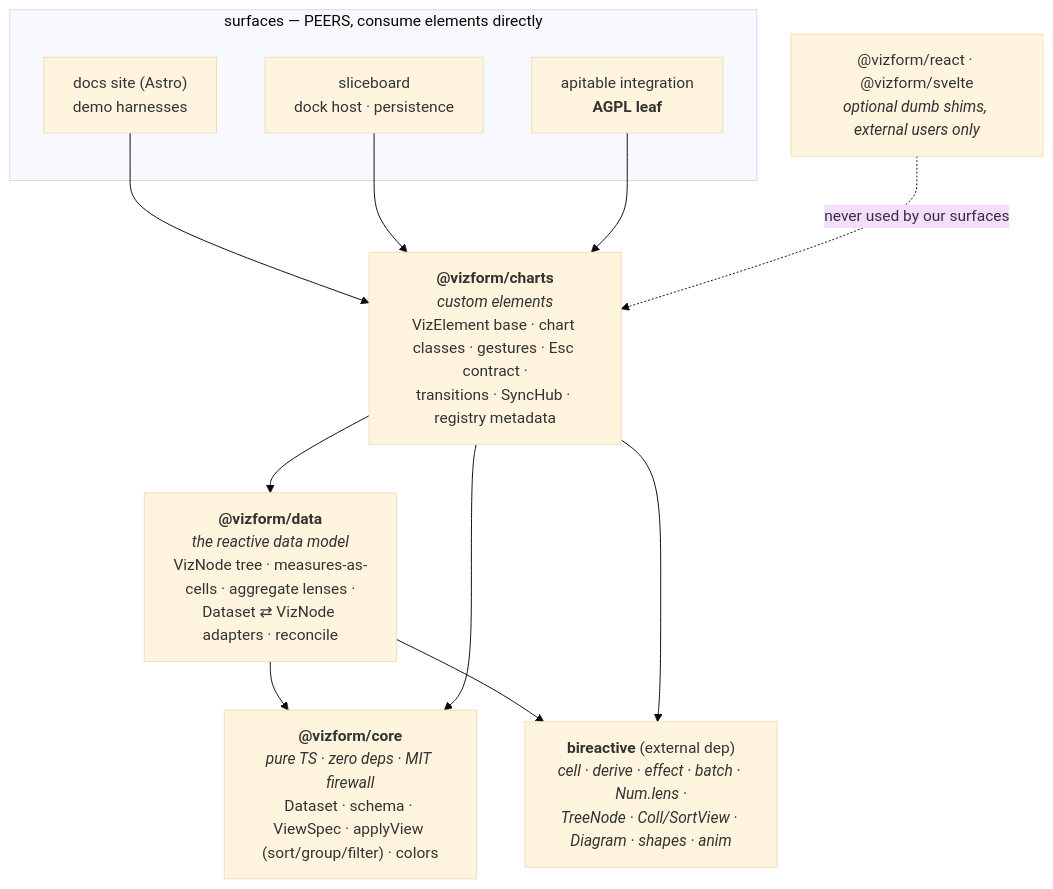
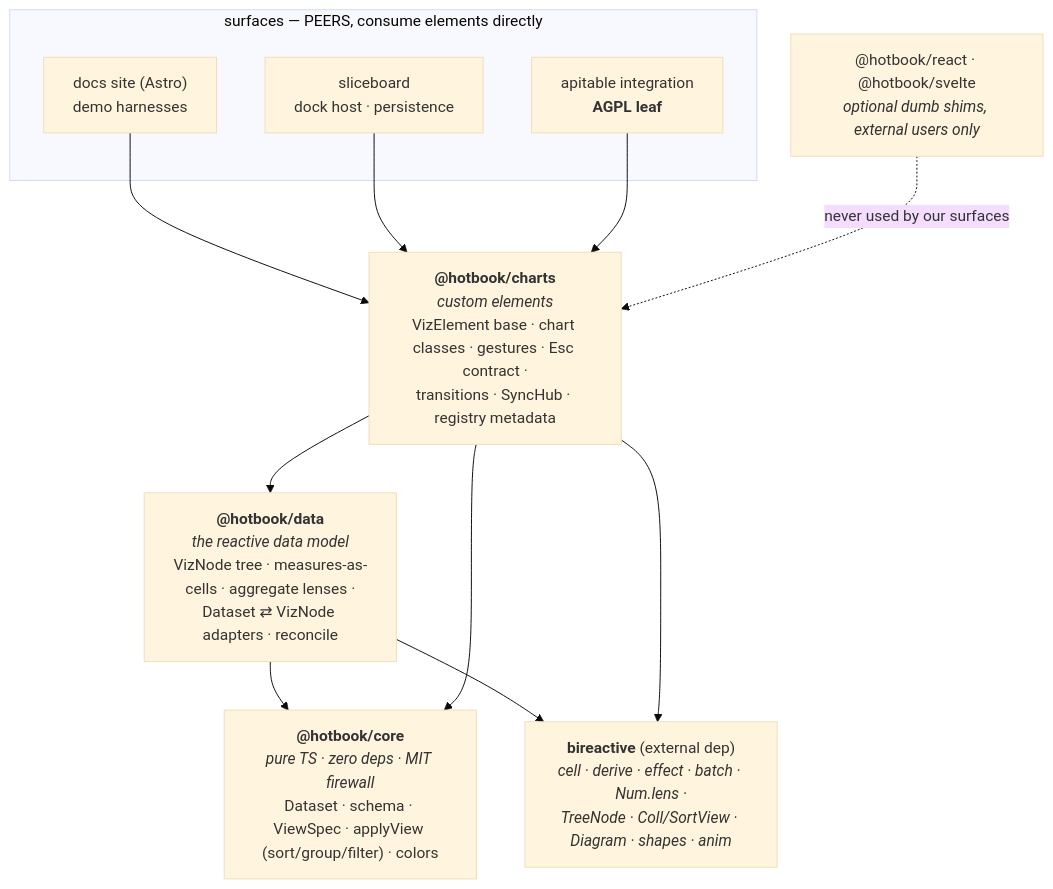
The first of 4 diagrams in wiki/rebuild-tech-design.md (WinstonFassett/hotbook), drawn with Mermaid (base theme) before and after one commit. The commit also changed other lines of this file and 44 other files, not shown here.

Commit message:
chore: fully replace vizform -> hotbook

````diff
--- a/wiki/rebuild-tech-design.md
+++ b/wiki/rebuild-tech-design.md
@@ -50,28 +50,28 @@
 ```mermaid
 graph TD
   br["<b>bireactive</b> (external dep)<br/><i>cell · derive · effect · batch · Num.lens ·<br/>TreeNode · Coll/SortView · Diagram · shapes · anim</i>"]
 
-  core["<b>@vizform/core</b><br/><i>pure TS · zero deps · MIT firewall</i><br/>Dataset · schema · ViewSpec · applyView (sort/group/filter) · colors"]
+  core["<b>@hotbook/core</b><br/><i>pure TS · zero deps · MIT firewall</i><br/>Dataset · schema · ViewSpec · applyView (sort/group/filter) · colors"]
 
-  data["<b>@vizform/data</b><br/><i>the reactive data model</i><br/>VizNode tree · measures-as-cells · aggregate lenses ·<br/>Dataset ⇄ VizNode adapters · reconcile"]
+  data["<b>@hotbook/data</b><br/><i>the reactive data model</i><br/>VizNode tree · measures-as-cells · aggregate lenses ·<br/>Dataset ⇄ VizNode adapters · reconcile"]
 
-  charts["<b>@vizform/charts</b><br/><i>custom elements</i><br/>VizElement base · chart classes · gestures · Esc contract ·<br/>transitions · SyncHub · registry metadata"]
+  charts["<b>@hotbook/charts</b><br/><i>custom elements</i><br/>VizElement base · chart classes · gestures · Esc contract ·<br/>transitions · SyncHub · registry metadata"]
 
   subgraph surfaces["surfaces — PEERS, consume elements directly"]
     docs["docs site (Astro)<br/>demo harnesses"]
     slice["sliceboard<br/>dock host · persistence"]
     apit["apitable integration<br/><b>AGPL leaf</b>"]
   end
 
-  shims["@vizform/react · @vizform/svelte<br/><i>optional dumb shims, external users only</i>"]
+  shims["@hotbook/react · @hotbook/svelte<br/><i>optional dumb shims, external users only</i>"]
 
   data --> core
   data --> br
   charts --> data
   charts --> core
   charts --> br
   docs --> charts
   slice --> charts
   apit --> charts
   shims -.->|"never used by our surfaces"| charts
 ```
````
